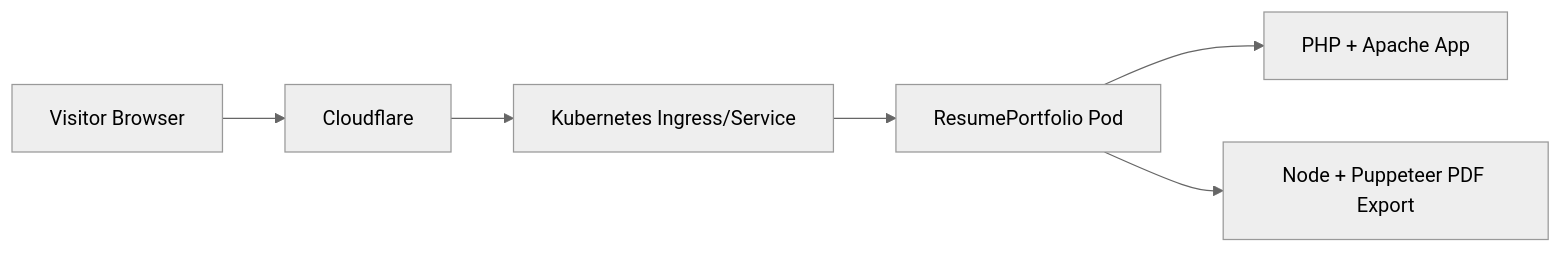
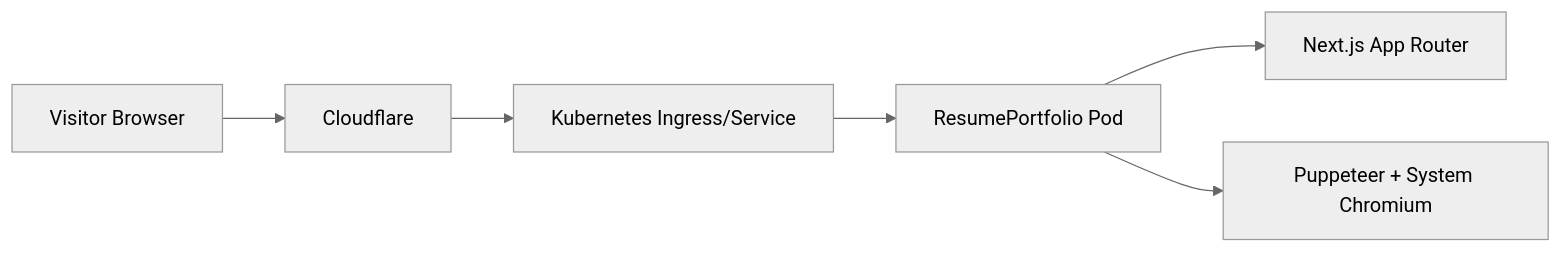
Before and after one commit to BrandonSanders48/ResumePortfolio: the diagram in README.md, drawn with Mermaid (neutral theme). The commit also changed other lines of this file and 2 other files, not shown here.

First line of the commit message:
Update README screenshots and docs for the Next.js rewrite

````diff
--- a/README.md
+++ b/README.md
@@ -47,8 +48,8 @@
 ```mermaid
 flowchart LR
 	U[Visitor Browser] --> C[Cloudflare]
 	C --> K[Kubernetes Ingress/Service]
 	K --> P[ResumePortfolio Pod]
-	P --> A[PHP + Apache App]
-	P --> N[Node + Puppeteer PDF Export]
+	P --> N[Next.js App Router]
+	P --> X[Puppeteer + System Chromium]
 ```
````
